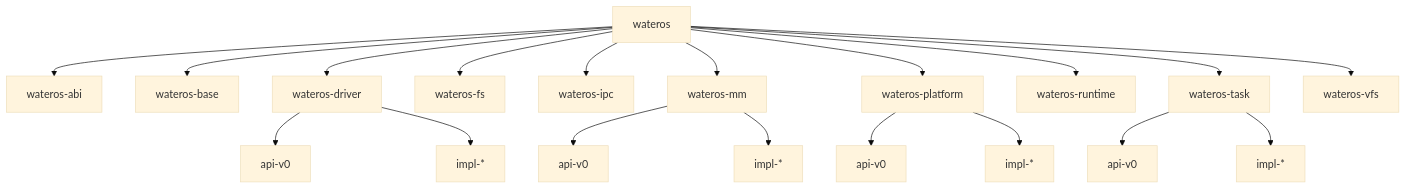
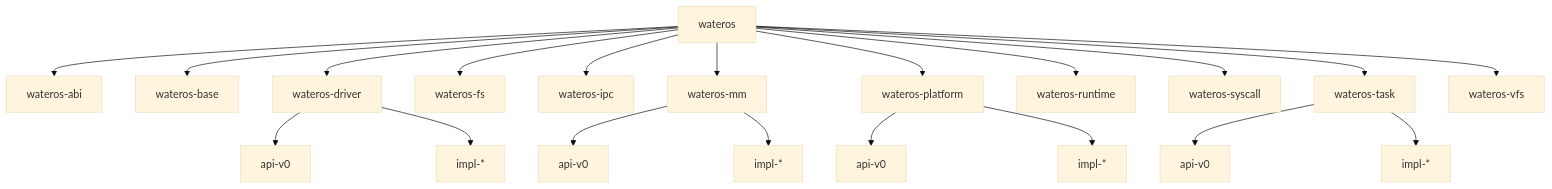
One commit to zhitian111/WaterOS changed the diagram in docs/architecture/snapshot.md. Above: the diagram before and after it, drawn with Mermaid (base theme). The commit also changed other lines of this file and 37 other files, not shown here.

````diff
--- a/docs/architecture/snapshot.md
+++ b/docs/architecture/snapshot.md
@@ -32,34 +34,36 @@
 ```mermaid
 flowchart TD
     wateros[wateros]
     abi[wateros-abi]
     base[wateros-base]
     driver[wateros-driver]
     fs[wateros-fs]
     ipc[wateros-ipc]
     mm[wateros-mm]
     platform[wateros-platform]
     runtime[wateros-runtime]
+    syscall[wateros-syscall]
     task[wateros-task]
     vfs[wateros-vfs]
 
     wateros --> abi
     wateros --> base
     wateros --> driver
     wateros --> fs
     wateros --> ipc
     wateros --> mm
     wateros --> platform
     wateros --> runtime
+    wateros --> syscall
     wateros --> task
     wateros --> vfs
 
     platform --> platformApi[api-v0]
     platform --> platformImpl[impl-*]
     driver --> driverApi[api-v0]
     driver --> driverImpl[impl-*]
     mm --> mmApi[api-v0]
     mm --> mmImpl[impl-*]
     task --> taskApi[api-v0]
     task --> taskImpl[impl-*]
 ```
````
